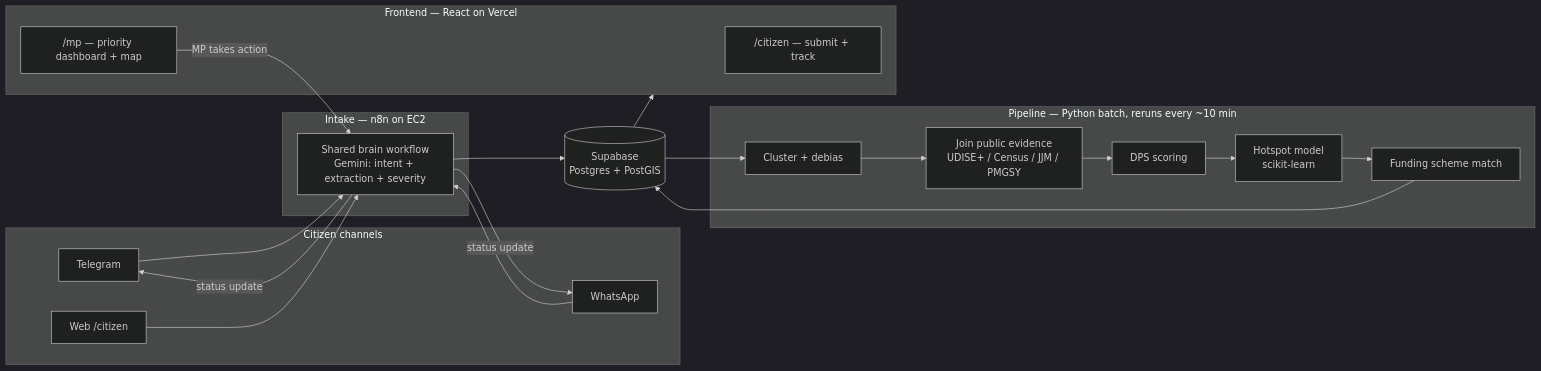
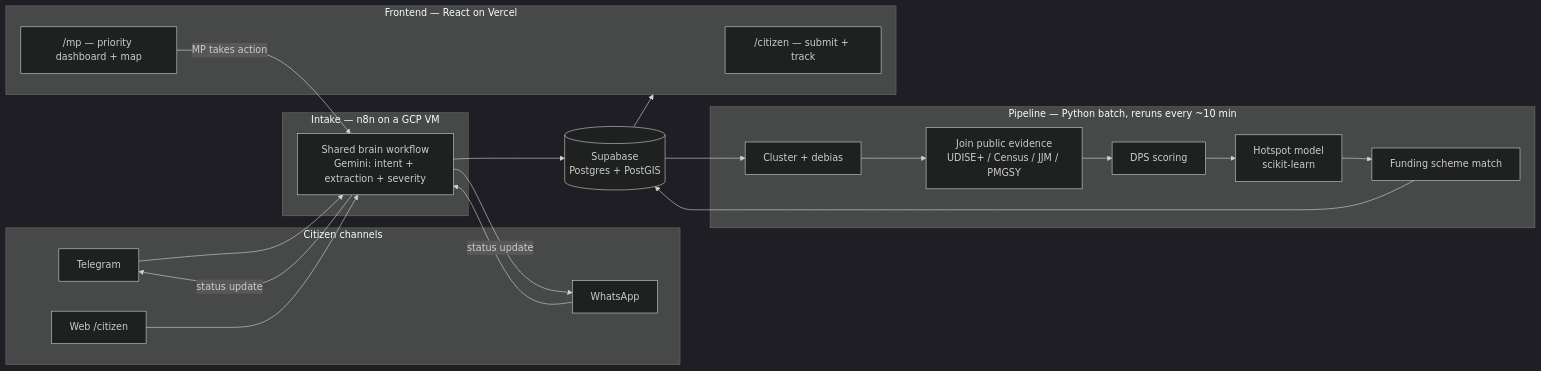
The first of 2 diagrams in README.md (coffeine16/Build-with-AI), drawn with Mermaid (dark theme) before and after one commit. The commit also changed other lines of this file and 10 other files, not shown here.

````diff
--- a/README.md
+++ b/README.md
@@ -73,40 +73,40 @@
 ```mermaid
 flowchart LR
     subgraph CH["Citizen channels"]
         TG["Telegram"]
         WA["WhatsApp"]
         WEB["Web /citizen"]
     end
 
     TG --> N8N
     WA --> N8N
     WEB --> N8N
 
-    subgraph IN["Intake — n8n on EC2"]
+    subgraph IN["Intake — n8n on a GCP VM"]
         N8N["Shared brain workflow<br/>Gemini: intent + extraction + severity"]
     end
 
     N8N --> DB[(Supabase<br/>Postgres + PostGIS)]
 
     subgraph PIPE["Pipeline — Python batch, reruns every ~10 min"]
         CLUSTER["Cluster + debias"]
         EVID["Join public evidence<br/>UDISE+ / Census / JJM / PMGSY"]
         DPS["DPS scoring"]
         HOTSPOT["Hotspot model<br/>scikit-learn"]
         FUND["Funding scheme match"]
         CLUSTER --> EVID --> DPS --> HOTSPOT --> FUND
     end
 
     DB --> CLUSTER
     FUND --> DB
     DB --> FE
 
     subgraph FE["Frontend — React on Vercel"]
         FEC["/citizen — submit + track"]
         FEM["/mp — priority dashboard + map"]
     end
 
     FEM -->|MP takes action| N8N
     N8N -->|status update| TG
     N8N -->|status update| WA
 ```
````
